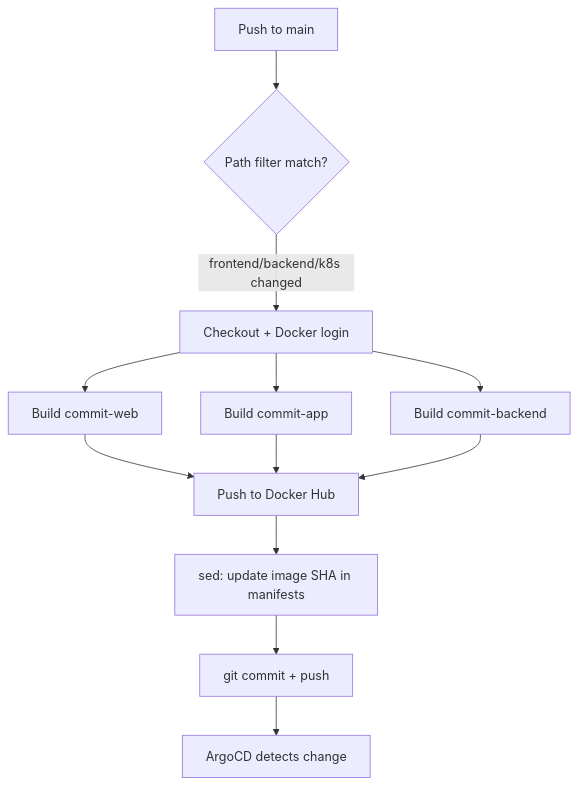
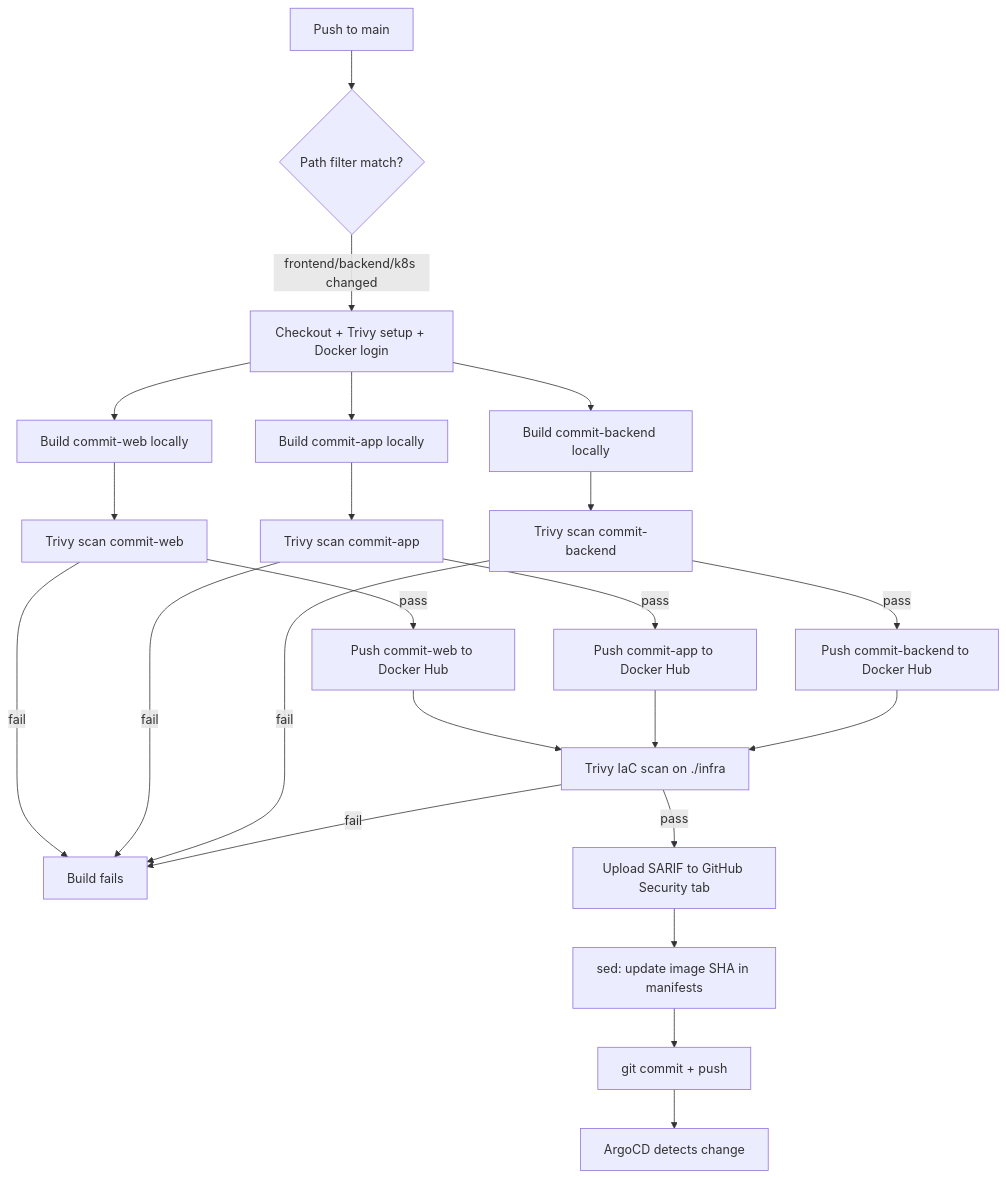
The diagram in docs/operations/cicd.md (RahulKoju/commit), drawn with Mermaid before and after one commit. The commit also changed other lines of this file and 4 other files, not shown here.

Commit message:
docs: update operations and application docs for security hardening, Trivy scanning, and monitoring improvements

````diff
--- a/docs/operations/cicd.md
+++ b/docs/operations/cicd.md
@@ -45,14 +55,25 @@
 ```mermaid
 flowchart TD
     A[Push to main] --> B{Path filter match?}
-    B -->|frontend/backend/k8s changed| C[Checkout + Docker login]
-    C --> D[Build commit-web]
-    C --> E[Build commit-app]
-    C --> F[Build commit-backend]
-    D --> G[Push to Docker Hub]
-    E --> G
-    F --> G
-    G --> H[sed: update image SHA in manifests]
-    H --> I[git commit + push]
-    I --> J[ArgoCD detects change]
+    B -->|frontend/backend/k8s changed| C[Checkout + Trivy setup + Docker login]
+    C --> D[Build commit-web locally]
+    C --> E[Build commit-app locally]
+    C --> F[Build commit-backend locally]
+    D --> G[Trivy scan commit-web]
+    E --> H[Trivy scan commit-app]
+    F --> I[Trivy scan commit-backend]
+    G -->|pass| J[Push commit-web to Docker Hub]
+    G -->|fail| X[Build fails]
+    H -->|pass| K[Push commit-app to Docker Hub]
+    H -->|fail| X
+    I -->|pass| L[Push commit-backend to Docker Hub]
+    I -->|fail| X
+    J --> M[Trivy IaC scan on ./infra]
+    K --> M
+    L --> M
+    M -->|pass| N[Upload SARIF to GitHub Security tab]
+    M -->|fail| X
+    N --> O[sed: update image SHA in manifests]
+    O --> P[git commit + push]
+    P --> Q[ArgoCD detects change]
 ```
````
